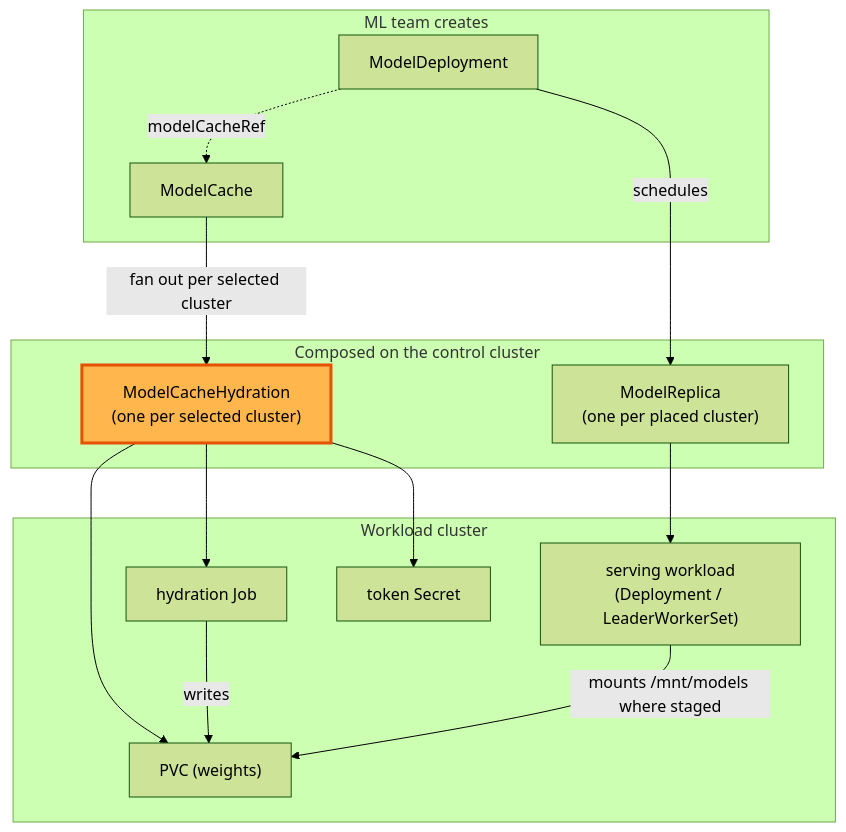
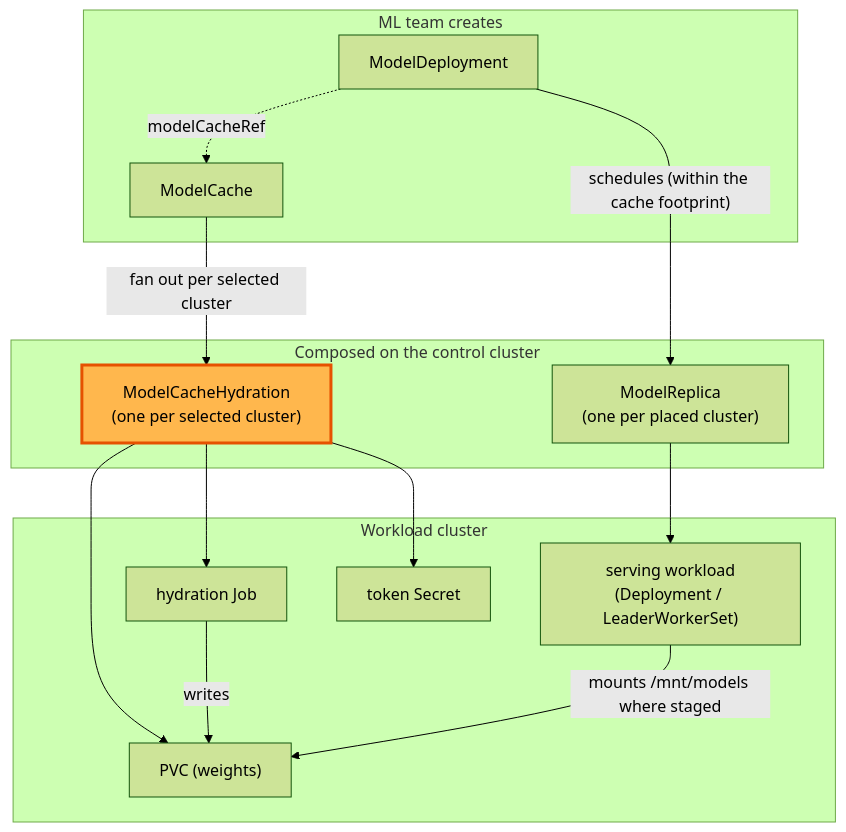
One commit to modelplaneai/modelplane changed the first of 2 diagrams in design/modelcache-hydration.md. Above: the diagram before and after it, drawn with Mermaid (forest theme). The commit also changed other lines of this file, not shown here.

First line of the commit message:
Constrain placement to the cache footprint; inject env, not engine flags

````diff
--- a/design/modelcache-hydration.md
+++ b/design/modelcache-hydration.md
@@ -67,28 +69,28 @@
 ```mermaid
 flowchart TD
     subgraph ml["ML team creates"]
         MD["ModelDeployment"]
         MC["ModelCache"]
     end
     subgraph cp["Composed on the control cluster"]
         MR["ModelReplica\n(one per placed cluster)"]
         MCH["ModelCacheHydration\n(one per selected cluster)"]
     end
     subgraph wc["Workload cluster"]
         WL["serving workload\n(Deployment / LeaderWorkerSet)"]
         JOB["hydration Job"]
         SEC["token Secret"]
         PVC["PVC (weights)"]
     end
-    MD -->|schedules| MR
+    MD -->|"schedules (within the cache footprint)"| MR
     MC -->|"fan out per selected cluster"| MCH
     MD -. modelCacheRef .-> MC
     MR --> WL
     MCH --> JOB
     MCH --> SEC
     MCH --> PVC
     JOB -->|writes| PVC
     WL -->|"mounts /mnt/models where staged"| PVC
     classDef new fill:#ffb74d,stroke:#e65100,stroke-width:3px,color:#000;
     class MCH new
 ```
````
